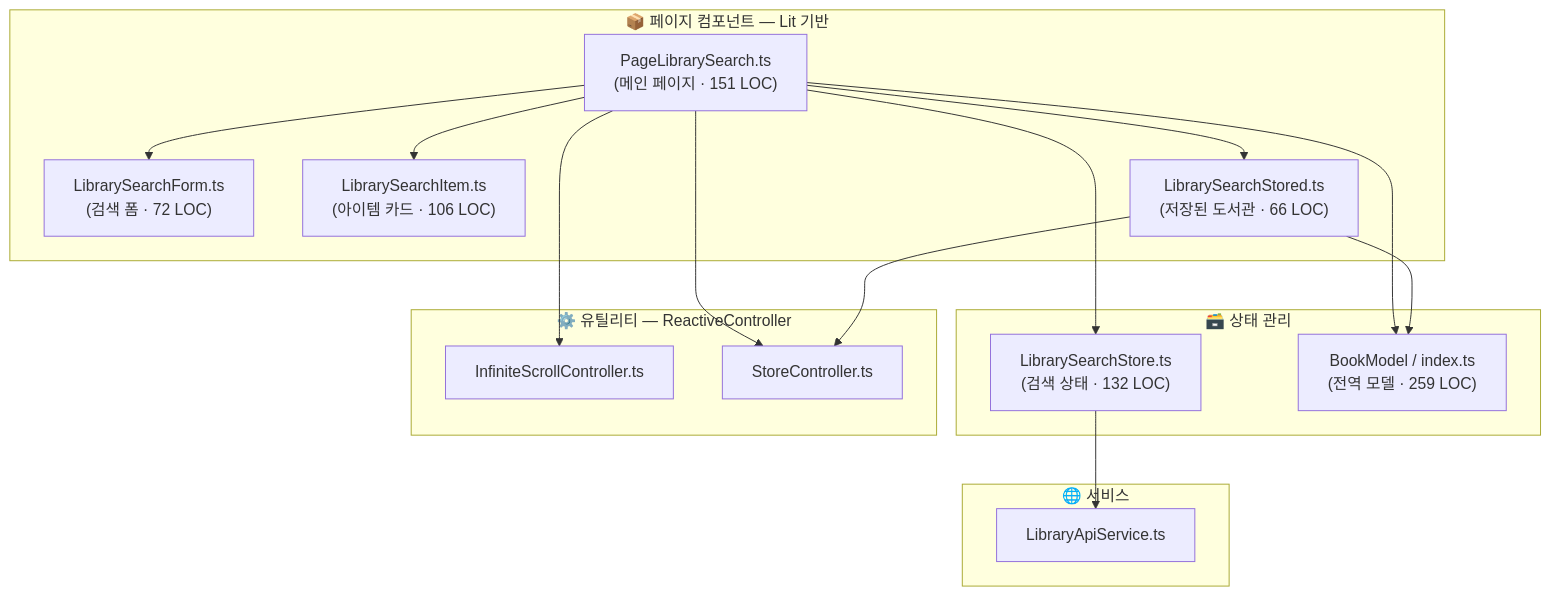
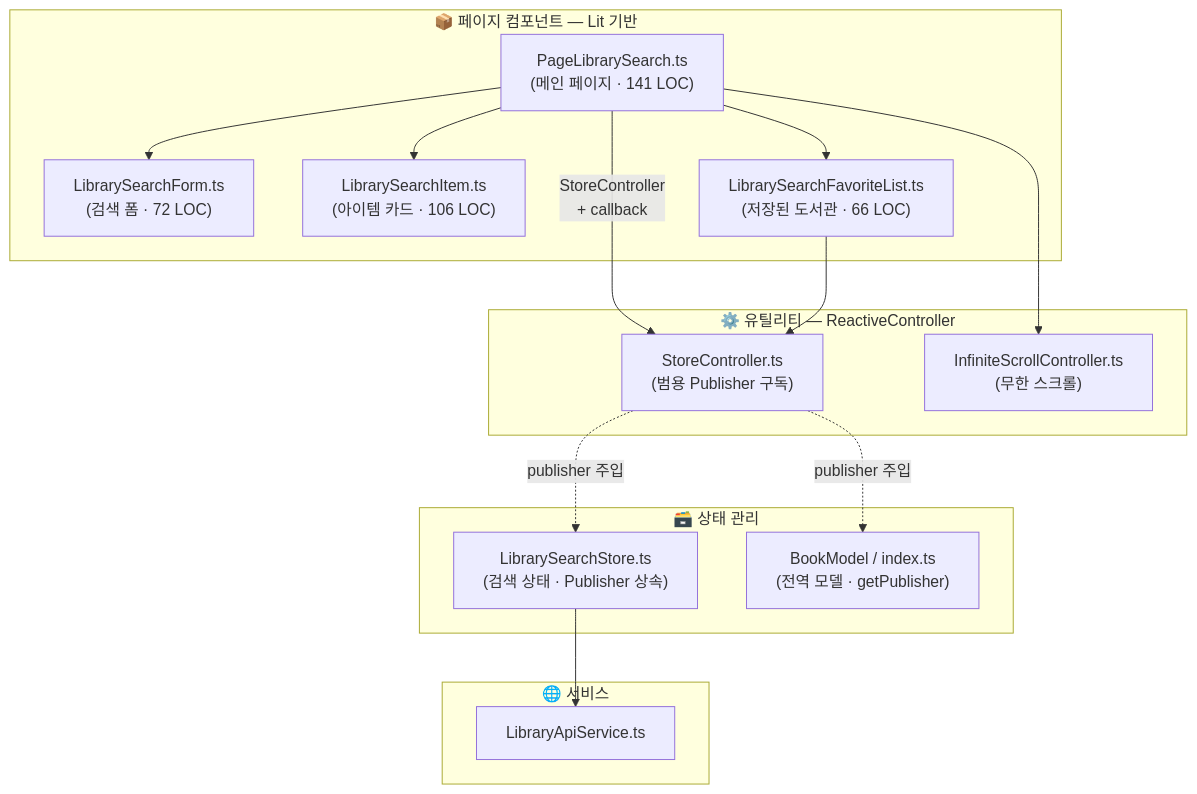
Before and after one commit to thegicode/book-world: the first of 4 diagrams in docs/LibrarySearch/library_search_architecture_analysis_20260226_cl.md, drawn with Mermaid. The commit also changed other lines of this file and 7 other files, not shown here.

First line of the commit message:
refactor: rename LibrarySearchStored to LibrarySearchFavoriteList & fix ESLint types

````diff
--- a/docs/LibrarySearch/library_search_architecture_analysis_20260226_cl.md
+++ b/docs/LibrarySearch/library_search_architecture_analysis_20260226_cl.md
@@ -11,34 +11,33 @@
 ```mermaid
 graph TD
     subgraph "📦 페이지 컴포넌트 — Lit 기반"
-        PS["PageLibrarySearch.ts\n(메인 페이지 · 151 LOC)"]
+        PS["PageLibrarySearch.ts\n(메인 페이지 · 141 LOC)"]
         SF["LibrarySearchForm.ts\n(검색 폼 · 72 LOC)"]
         SI["LibrarySearchItem.ts\n(아이템 카드 · 106 LOC)"]
-        SS["LibrarySearchStored.ts\n(저장된 도서관 · 66 LOC)"]
+        SS["LibrarySearchFavoriteList.ts\n(저장된 도서관 · 66 LOC)"]
+    end
+
+    subgraph "⚙️ 유틸리티 — ReactiveController"
+        SC["StoreController.ts\n(범용 Publisher 구독)"]
+        ISC["InfiniteScrollController.ts\n(무한 스크롤)"]
     end
 
     subgraph "🗃️ 상태 관리"
-        LS["LibrarySearchStore.ts\n(검색 상태 · 132 LOC)"]
-        BM["BookModel / index.ts\n(전역 모델 · 259 LOC)"]
-    end
-
-    subgraph "⚙️ 유틸리티 — ReactiveController"
-        ISC["InfiniteScrollController.ts"]
-        SC["StoreController.ts"]
+        LS["LibrarySearchStore.ts\n(검색 상태 · Publisher 상속)"]
+        BM["BookModel / index.ts\n(전역 모델 · getPublisher)"]
     end
 
     subgraph "🌐 서비스"
         API["LibraryApiService.ts"]
     end
 
     PS --> SF
     PS --> SI
     PS --> SS
-    PS --> LS
-    PS --> BM
+    PS -->|"StoreController\n+ callback"| SC
     PS --> ISC
-    PS --> SC
-    SS --> BM
     SS --> SC
+    SC -.->|"publisher 주입"| LS
+    SC -.->|"publisher 주입"| BM
     LS --> API
 ```
````
